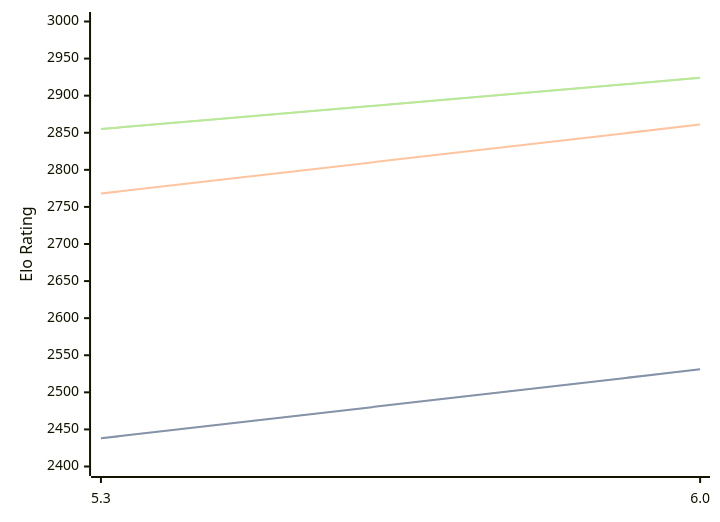
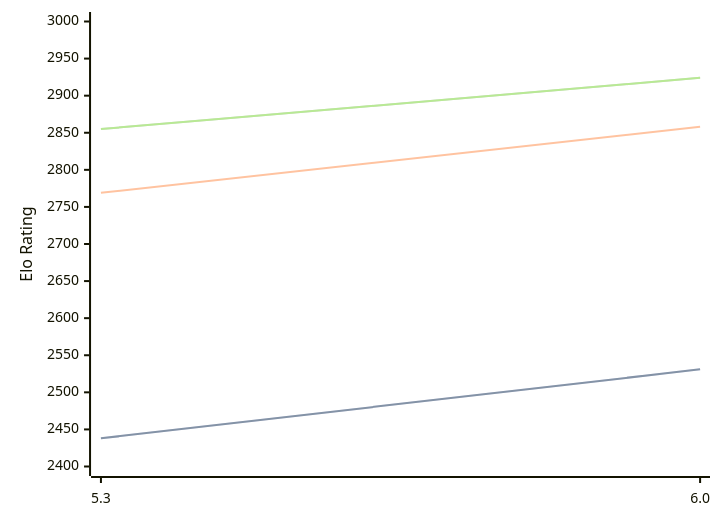
Before and after one commit to computer-chess-index/cci: the diagram in engines/tomitankChess.md, drawn with Mermaid. The commit also changed other lines of this file, not shown here.

````diff
--- a/engines/tomitankChess.md
+++ b/engines/tomitankChess.md
@@ -40,11 +40,11 @@
 ```mermaid
 %%{init: {"theme":"base","themeVariables":{"seriesColors:['#a3a3a3','#222221','#faa371']}}}%%
 xychart-beta
   x-axis ["5.3", "6.0"]
   y-axis "Elo Rating" 2400 --> 3000
   line "STC (8.0+0.08s)" [2438, 2531]
   line "STC (8.0+0.08s)" [2438, 2531]
-  line "LTC (60.0+0.60s)" [2768, 2861]
+  line "LTC (60.0+0.60s)" [2769, 2858]
   line "VLTC (2m24s+1.12s)" [2855, 2924]
   line "VLTC (2m24s+1.12s)" [2855, 2924]
 ```
````
